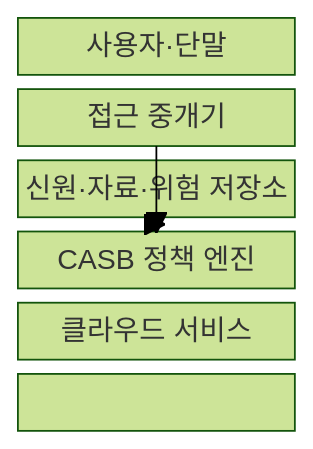
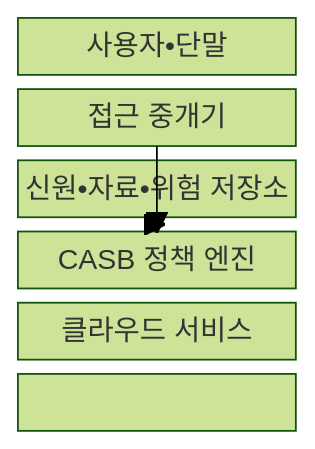
The first of 2 diagrams in src/content/docs/notes/04-network/092_casb.md (agnusdei1207/knowledge-base), drawn with Mermaid (forest theme) before and after one commit. The commit also changed other lines of this file and 953 other files, not shown here.

````diff
--- a/src/content/docs/notes/04-network/092_casb.md
+++ b/src/content/docs/notes/04-network/092_casb.md
@@ -65,12 +65,12 @@
 ```mermaid
 block-beta
     columns 1
-    USER["사용자·단말"]
+    USER["사용자•단말"]
     BROKER["접근 중개기"]
-    CONTEXT["신원·자료·위험 저장소"]
+    CONTEXT["신원•자료•위험 저장소"]
     POLICY["CASB 정책 엔진"]
     CLOUD["클라우드 서비스"]
     USER --> BROKER --> CLOUD
     BROKER --> POLICY
     CONTEXT --> POLICY
 ```
````
